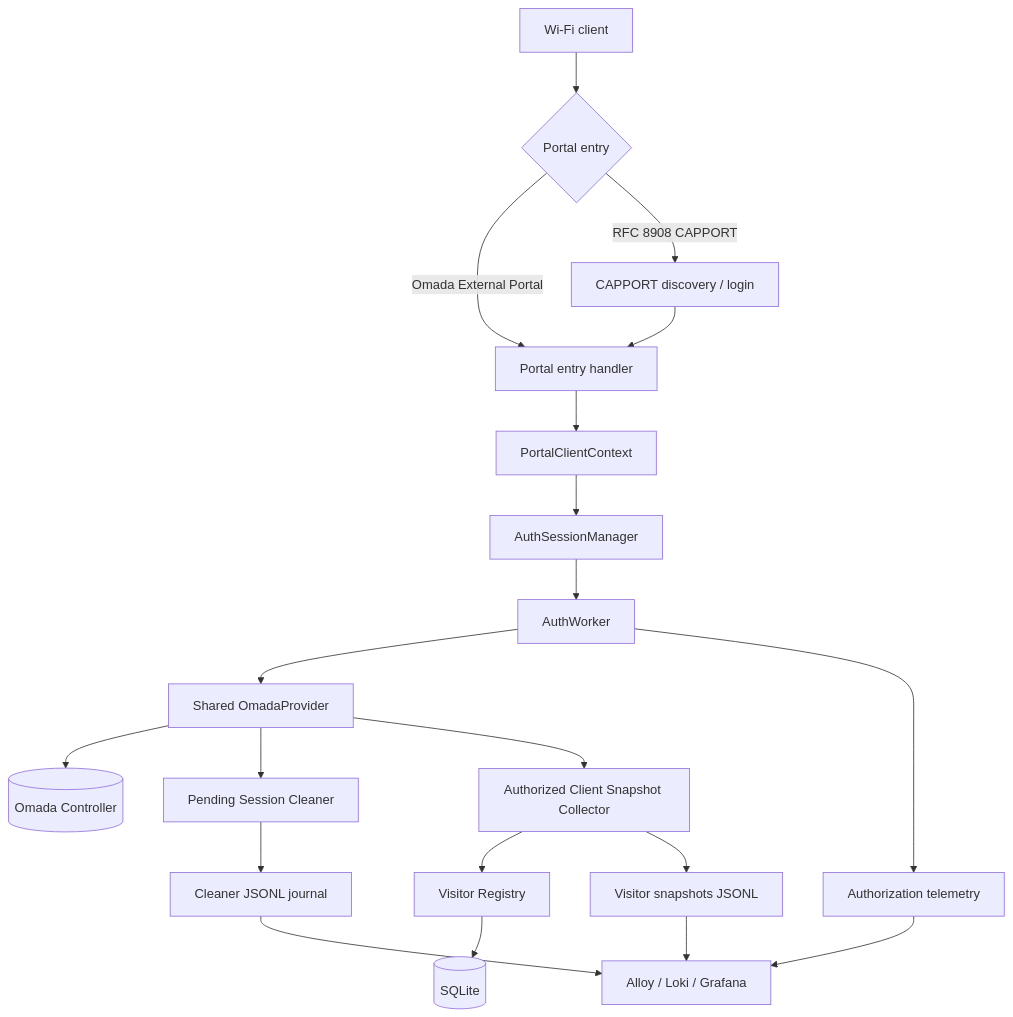
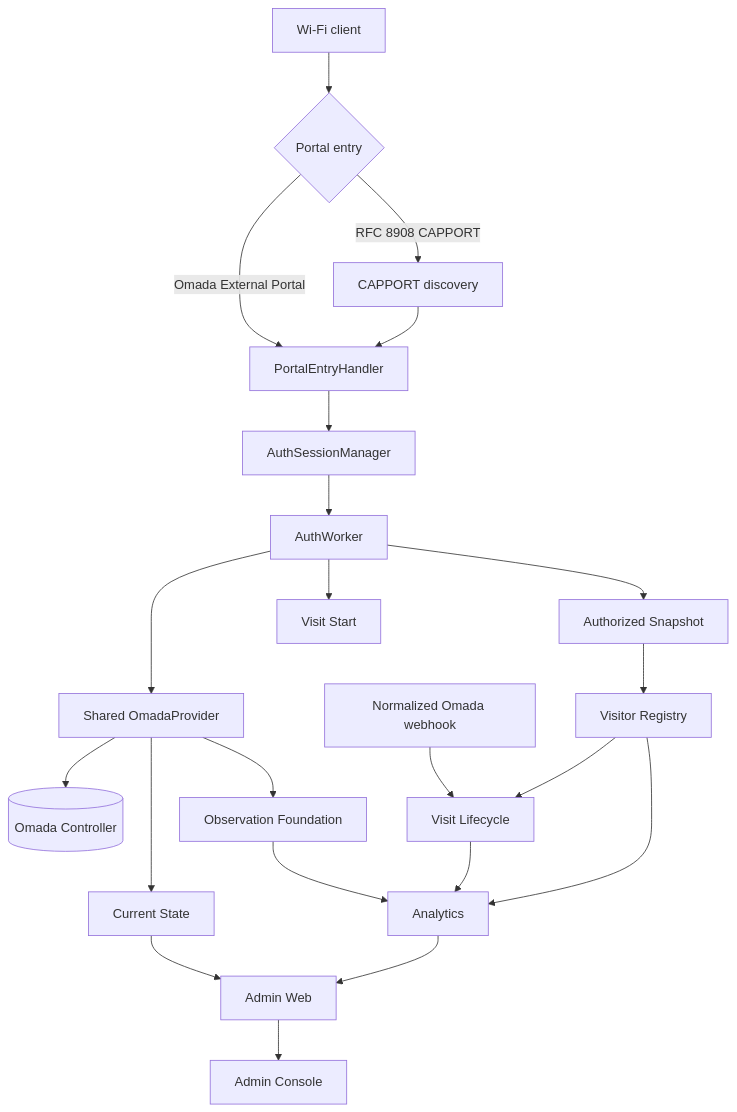
One commit to ZaurNavi/CaptivePortal changed the diagram in README.md. Above: the diagram before and after it, drawn with Mermaid. The commit also changed other lines of this file and 21 other files, not shown here.

First line of the commit message:
docs: refresh CaptivPortal current-state knowledge base

````diff
--- a/README.md
+++ b/README.md
@@ -58,28 +14,27 @@
 ```mermaid
 flowchart TD
     Client[Wi-Fi client] --> Entry{Portal entry}
-
-    Entry -->|Omada External Portal| Portal[Portal entry handler]
-    Entry -->|RFC 8908 CAPPORT| Capport[CAPPORT discovery / login]
+    Entry -->|Omada External Portal| Portal[PortalEntryHandler]
+    Entry -->|RFC 8908 CAPPORT| Capport[CAPPORT discovery]
     Capport --> Portal
 
-    Portal --> Context[PortalClientContext]
-    Context --> Sessions[AuthSessionManager]
+    Portal --> Sessions[AuthSessionManager]
     Sessions --> Worker[AuthWorker]
     Worker --> Provider[Shared OmadaProvider]
-    Provider --> Controller[(Omada Controller)]
+    Provider --> Omada[(Omada Controller)]
 
-    Provider --> Cleaner[Pending Session Cleaner]
-    Provider --> Snapshots[Authorized Client Snapshot Collector]
+    Worker --> Snapshot[Authorized Snapshot]
+    Worker --> VisitStart[Visit Start]
+    Snapshot --> Registry[Visitor Registry]
+    Provider --> Observation[Observation Foundation]
+    Provider --> Current[Current State]
+    Webhook[Normalized Omada webhook] --> Visit[Visit Lifecycle]
+    Registry --> Visit
 
-    Snapshots --> Registry[Visitor Registry]
-    Registry --> SQLite[(SQLite)]
-
-    Worker --> Telemetry[Authorization telemetry]
-    Cleaner --> CleanerJournal[Cleaner JSONL journal]
-    Snapshots --> SnapshotJournal[Visitor snapshots JSONL]
-
-    Telemetry --> Observability[Alloy / Loki / Grafana]
-    SnapshotJournal --> Observability
-    CleanerJournal --> Observability
+    Observation --> Analytics[Analytics]
+    Visit --> Analytics
+    Registry --> Analytics
+    Current --> Admin[Admin Web]
+    Analytics --> Admin
+    Admin --> Browser[Admin Console]
 ```
````
